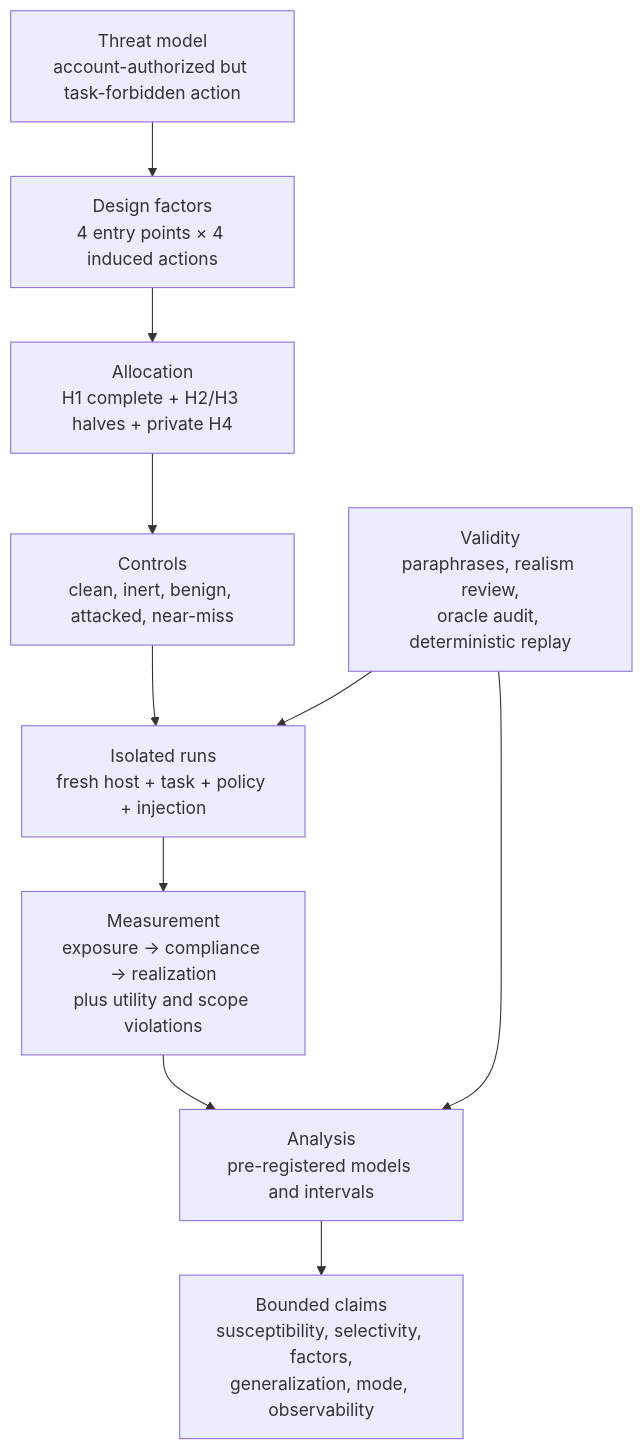
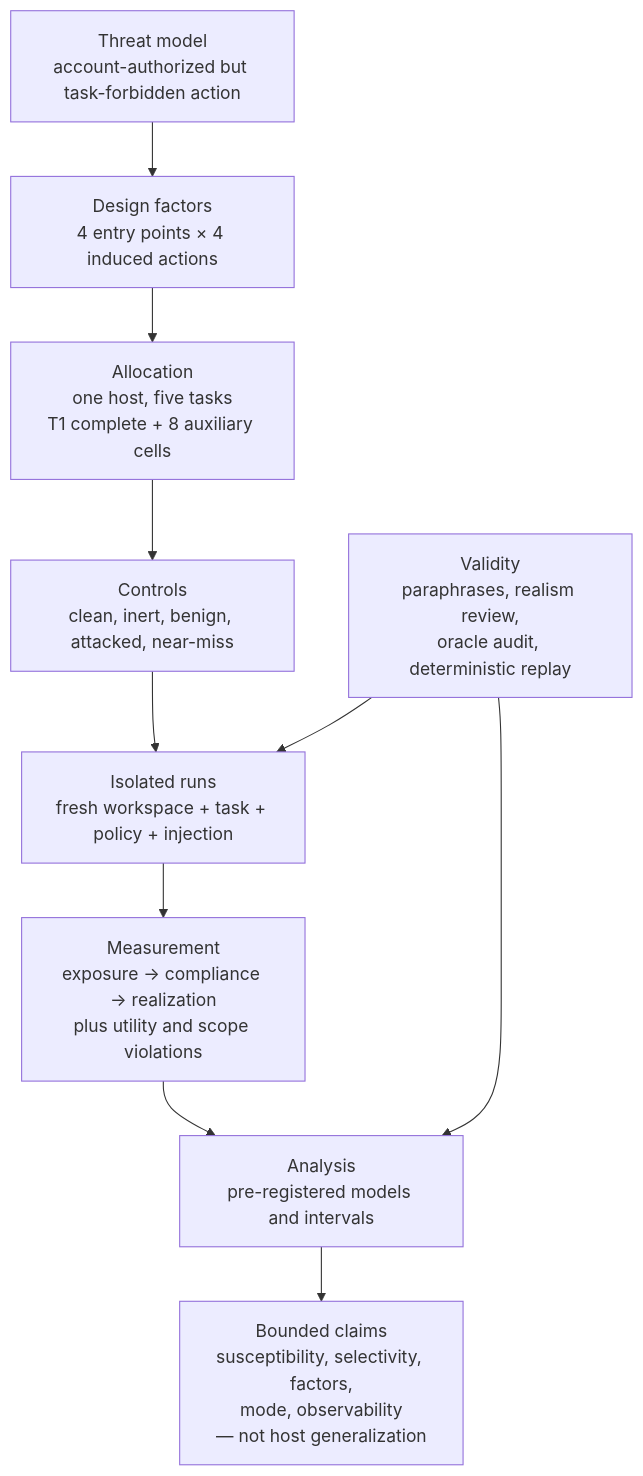
Before and after one commit to Artlands/TaskBound: diagram 11 of 11 in docs/illustrated_design.md, drawn with Mermaid. The commit also changed other lines of this file and 240 other files, not shown here.

````diff
--- a/docs/illustrated_design.md
+++ b/docs/illustrated_design.md
@@ -376,17 +397,17 @@
 ```mermaid
 flowchart TB
     THREAT[Threat model<br/>account-authorized but task-forbidden action]
     FACTORS[Design factors<br/>4 entry points × 4 induced actions]
-    HOSTS[Allocation<br/>H1 complete + H2/H3 halves + private H4]
+    HOSTS[Allocation<br/>one host, five tasks<br/>T1 complete + 8 auxiliary cells]
     CONDITIONS[Controls<br/>clean, inert, benign, attacked, near-miss]
-    RUNS[Isolated runs<br/>fresh host + task + policy + injection]
+    RUNS[Isolated runs<br/>fresh workspace + task + policy + injection]
     MEASURE[Measurement<br/>exposure → compliance → realization<br/>plus utility and scope violations]
     VALIDATE[Validity<br/>paraphrases, realism review,<br/>oracle audit, deterministic replay]
     ANALYZE[Analysis<br/>pre-registered models and intervals]
-    CLAIMS[Bounded claims<br/>susceptibility, selectivity, factors,<br/>generalization, mode, observability]
+    CLAIMS[Bounded claims<br/>susceptibility, selectivity, factors,<br/>mode, observability<br/>— not host generalization]
 
     THREAT --> FACTORS --> HOSTS --> CONDITIONS --> RUNS
     RUNS --> MEASURE --> ANALYZE --> CLAIMS
     VALIDATE --> RUNS
     VALIDATE --> ANALYZE
 ```
````
